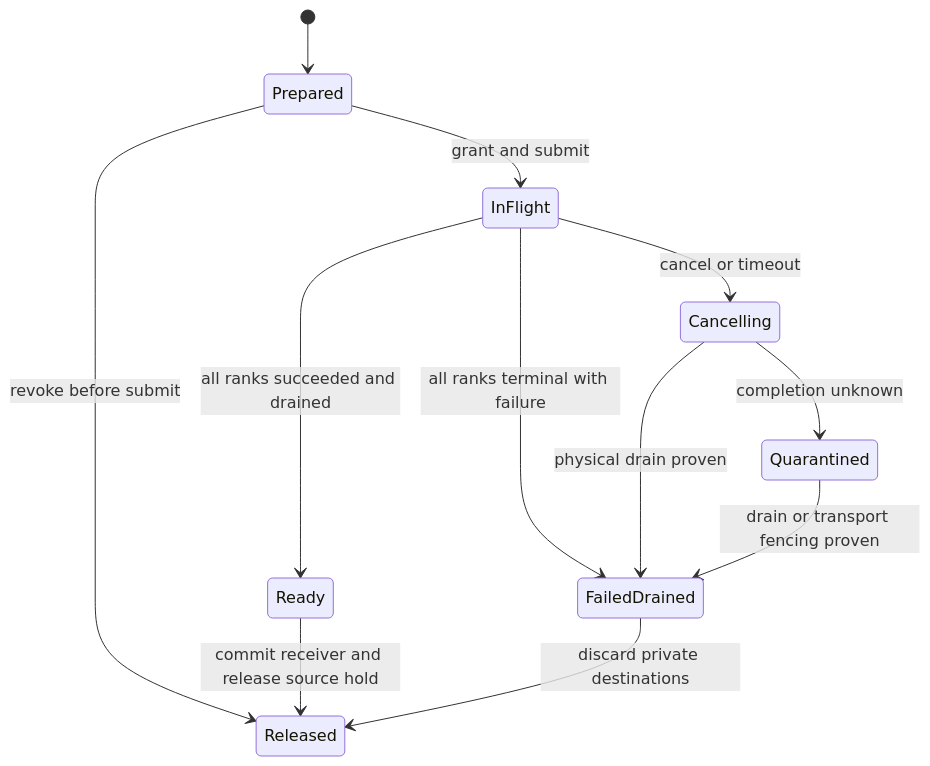
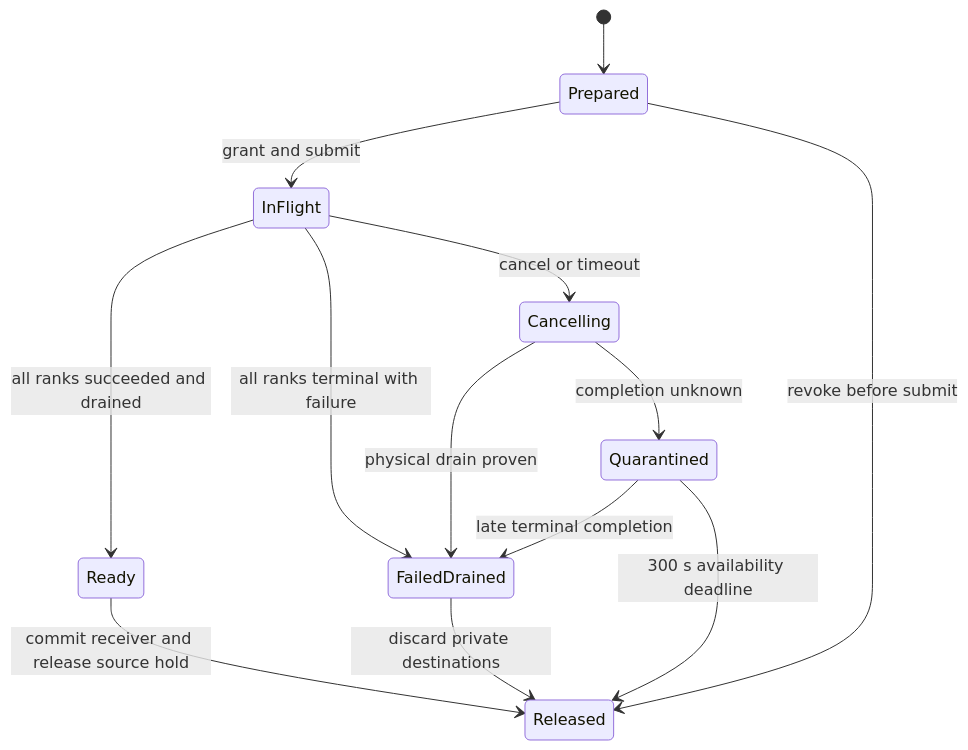
Before and after one commit to InternLM/lmdeploy: the third of 3 diagrams in tasks/support_mooncake_store_mooncake_pd_same_time_design.md, drawn with Mermaid. The commit also changed other lines of this file and 16 other files, not shown here.

````diff
--- a/tasks/support_mooncake_store_mooncake_pd_same_time_design.md
+++ b/tasks/support_mooncake_store_mooncake_pd_same_time_design.md
@@ -254,14 +256,15 @@
 ```mermaid
 stateDiagram-v2
     [*] --> Prepared
     Prepared --> InFlight: grant and submit
     Prepared --> Released: revoke before submit
     InFlight --> Ready: all ranks succeeded and drained
     InFlight --> FailedDrained: all ranks terminal with failure
     InFlight --> Cancelling: cancel or timeout
     Cancelling --> FailedDrained: physical drain proven
     Cancelling --> Quarantined: completion unknown
-    Quarantined --> FailedDrained: drain or transport fencing proven
+    Quarantined --> FailedDrained: late terminal completion
+    Quarantined --> Released: 300 s availability deadline
     Ready --> Released: commit receiver and release source hold
     FailedDrained --> Released: discard private destinations
 ```
````
